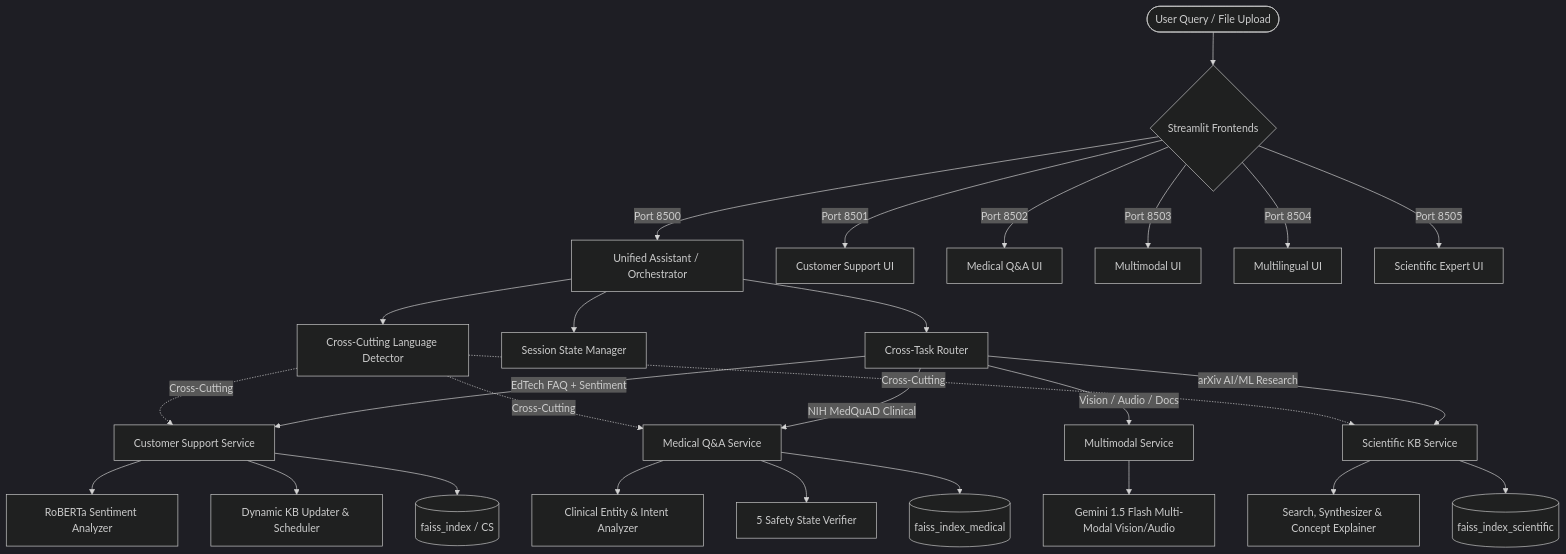
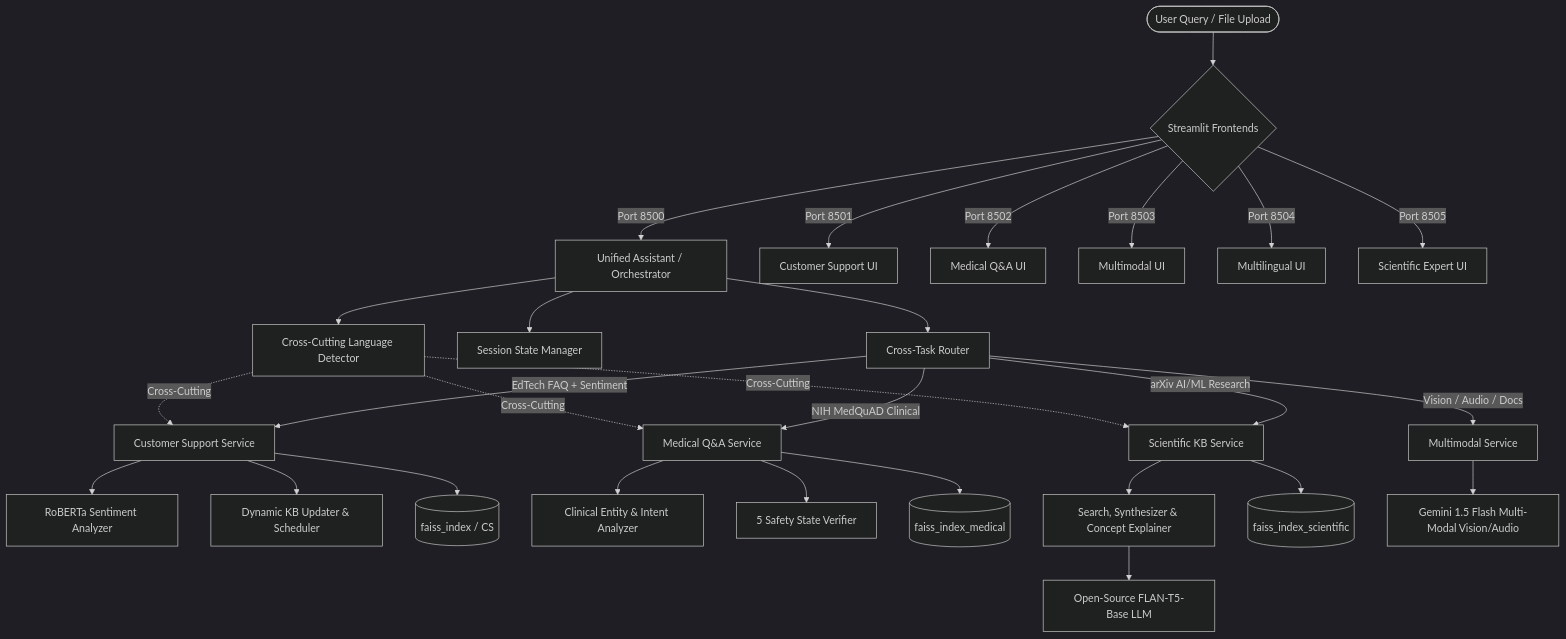
One commit to Vishnu3568/elevance-skills-genai-internship changed the diagram in README.md. Above: the diagram before and after it, drawn with Mermaid (dark theme). The commit also changed other lines of this file and 9 other files, not shown here.

````diff
--- a/README.md
+++ b/README.md
@@ -53,37 +53,38 @@
 ```mermaid
 graph TD
     User([User Query / File Upload]) --> UI{Streamlit Frontends}
     
     UI -->|Port 8500| Unified[Unified Assistant / Orchestrator]
     UI -->|Port 8501| StandaloneCS[Customer Support UI]
     UI -->|Port 8502| StandaloneMed[Medical Q&A UI]
     UI -->|Port 8503| StandaloneMM[Multimodal UI]
     UI -->|Port 8504| StandaloneML[Multilingual UI]
     UI -->|Port 8505| StandaloneSci[Scientific Expert UI]
 
     Unified --> Router[Cross-Task Router]
     Unified --> SessionMgr[Session State Manager]
     Unified --> LangDetect[Cross-Cutting Language Detector]
 
     Router -->|EdTech FAQ + Sentiment| CS[Customer Support Service]
     Router -->|NIH MedQuAD Clinical| Med[Medical Q&A Service]
     Router -->|arXiv AI/ML Research| Sci[Scientific KB Service]
     Router -->|Vision / Audio / Docs| MM[Multimodal Service]
 
     CS --> SentimentMod[RoBERTa Sentiment Analyzer]
     CS --> DynamicKB[Dynamic KB Updater & Scheduler]
     CS --> FAISS_CS[(faiss_index / CS)]
 
     Med --> MedAnalyzer[Clinical Entity & Intent Analyzer]
     Med --> MedSafety[5 Safety State Verifier]
     Med --> FAISS_Med[(faiss_index_medical)]
 
     Sci --> SciPipeline[Search, Synthesizer & Concept Explainer]
     Sci --> FAISS_Sci[(faiss_index_scientific)]
+    SciPipeline --> FlanT5[Open-Source FLAN-T5-Base LLM]
 
     MM --> GeminiMM[Gemini 1.5 Flash Multi-Modal Vision/Audio]
 
     LangDetect -.->|Cross-Cutting| CS
     LangDetect -.->|Cross-Cutting| Med
     LangDetect -.->|Cross-Cutting| Sci
 ```
````
